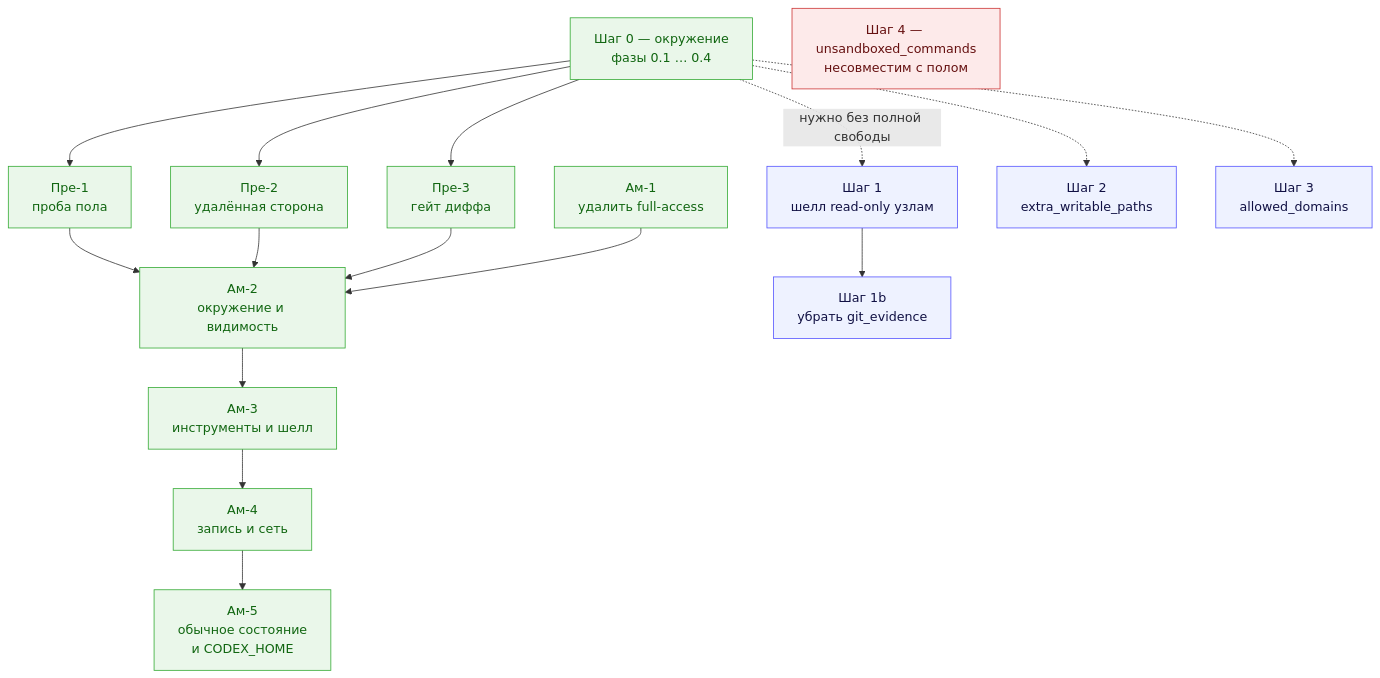
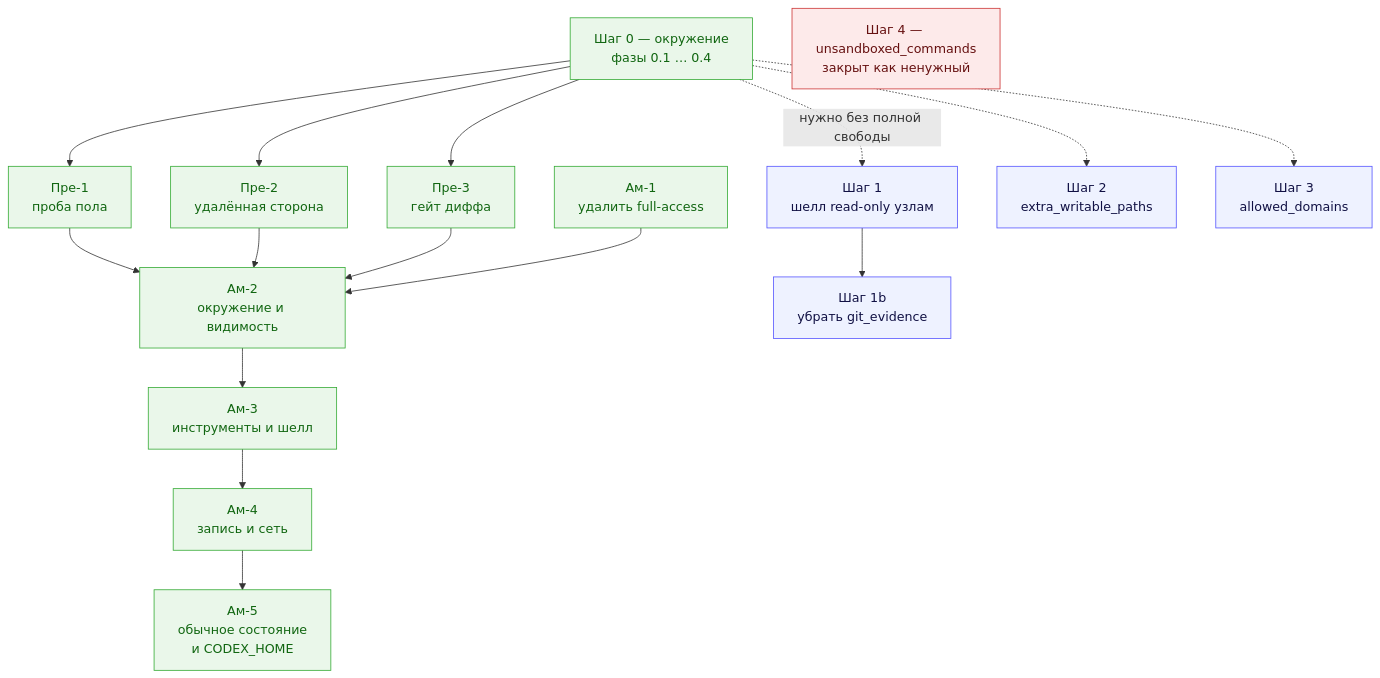
The first of 2 diagrams in docs/backlog/full-tool-access/README.md (VladimirMakarevich/wastech-orchestrator), drawn with Mermaid before and after one commit. The commit also changed other lines of this file and 23 other files, not shown here.

````diff
--- a/docs/backlog/full-tool-access/README.md
+++ b/docs/backlog/full-tool-access/README.md
@@ -40,26 +40,26 @@
 ```mermaid
 flowchart TD
     S0["Шаг 0 — окружение<br/>фазы 0.1 … 0.4"]
     S0 --> P1["Пре-1<br/>проба пола"]
     S0 --> P2["Пре-2<br/>удалённая сторона"]
     S0 --> P3["Пре-3<br/>гейт диффа"]
     A1["Ам-1<br/>удалить full-access"]
     P1 --> A2
     P2 --> A2
     P3 --> A2
     A1 --> A2["Ам-2<br/>окружение и видимость"]
     A2 --> A3["Ам-3<br/>инструменты и шелл"]
     A3 --> A4["Ам-4<br/>запись и сеть"]
     A4 --> A5["Ам-5<br/>обычное состояние<br/>и CODEX_HOME"]
     S0 -.->|"нужно без полной свободы"| S1["Шаг 1<br/>шелл read-only узлам"]
     S1 --> S1b["Шаг 1b<br/>убрать git_evidence"]
     S0 -.-> S2["Шаг 2<br/>extra_writable_paths"]
     S0 -.-> S3["Шаг 3<br/>allowed_domains"]
-    S4["Шаг 4 — unsandboxed_commands<br/>несовместим с полом"]
+    S4["Шаг 4 — unsandboxed_commands<br/>закрыт как ненужный"]
     classDef work fill:#eaf7ea,stroke:#3a3,color:#161
     classDef opt fill:#eef2ff,stroke:#55f,color:#114
     classDef danger fill:#fdeaea,stroke:#c33,color:#611
     class S0,P1,P2,P3,A1,A2,A3,A4,A5 work
     class S1,S1b,S2,S3 opt
     class S4 danger
 ```
````
